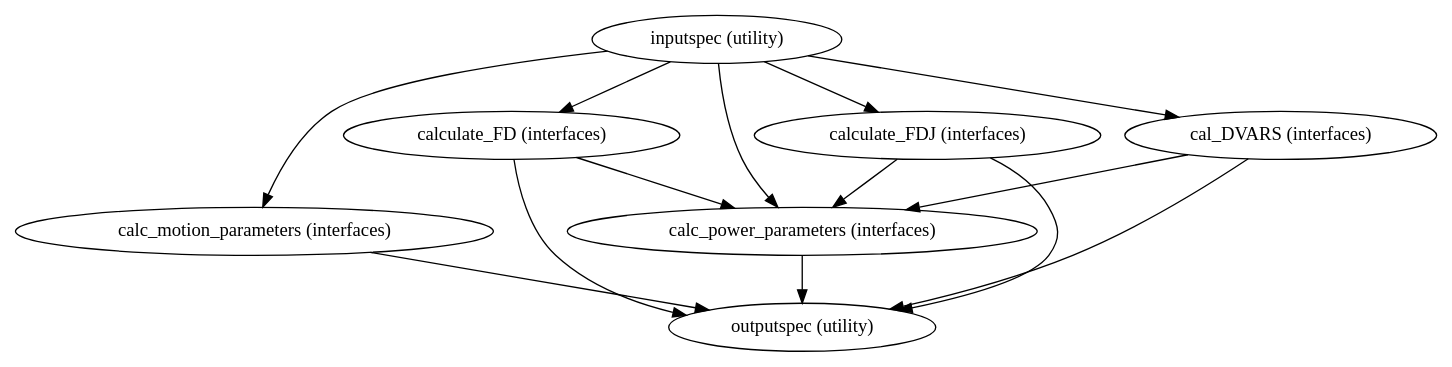
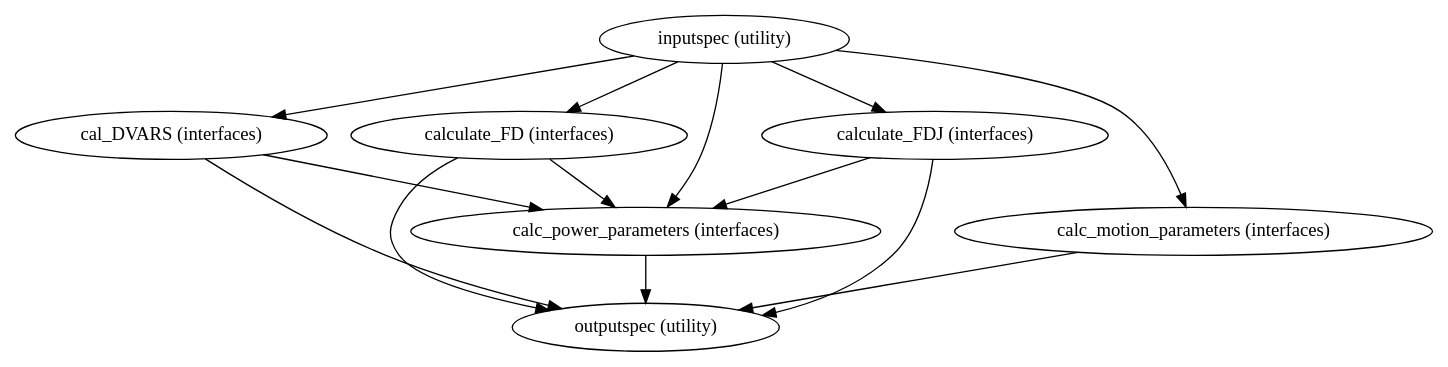
The diagram in docs/developer/workflows/images/generated/motion_statistics.dot (FCP-INDI/fcp-indi.github.io), drawn with Graphviz before and after one commit. The commit also changed 300 other files, not shown here.

```diff
--- a/docs/developer/workflows/images/generated/motion_statistics.dot
+++ b/docs/developer/workflows/images/generated/motion_statistics.dot
@@ -1,22 +1,22 @@
-strict digraph "" {
-"calc_motion_parameters (interfaces)";
-"outputspec (utility)";
-"calc_power_parameters (interfaces)";
+strict digraph  {
 "inputspec (utility)";
+"cal_DVARS (interfaces)";
 "calculate_FD (interfaces)";
 "calculate_FDJ (interfaces)";
-"cal_DVARS (interfaces)";
-"calc_motion_parameters (interfaces)" -> "outputspec (utility)";
-"calc_power_parameters (interfaces)" -> "outputspec (utility)";
+"calc_motion_parameters (interfaces)";
+"calc_power_parameters (interfaces)";
+"outputspec (utility)";
+"inputspec (utility)" -> "cal_DVARS (interfaces)";
+"inputspec (utility)" -> "calculate_FD (interfaces)";
 "inputspec (utility)" -> "calculate_FDJ (interfaces)";
-"inputspec (utility)" -> "calculate_FD (interfaces)";
 "inputspec (utility)" -> "calc_motion_parameters (interfaces)";
-"inputspec (utility)" -> "cal_DVARS (interfaces)";
 "inputspec (utility)" -> "calc_power_parameters (interfaces)";
+"cal_DVARS (interfaces)" -> "outputspec (utility)";
+"cal_DVARS (interfaces)" -> "calc_power_parameters (interfaces)";
 "calculate_FD (interfaces)" -> "outputspec (utility)";
 "calculate_FD (interfaces)" -> "calc_power_parameters (interfaces)";
 "calculate_FDJ (interfaces)" -> "outputspec (utility)";
 "calculate_FDJ (interfaces)" -> "calc_power_parameters (interfaces)";
-"cal_DVARS (interfaces)" -> "outputspec (utility)";
-"cal_DVARS (interfaces)" -> "calc_power_parameters (interfaces)";
+"calc_motion_parameters (interfaces)" -> "outputspec (utility)";
+"calc_power_parameters (interfaces)" -> "outputspec (utility)";
 }
```
